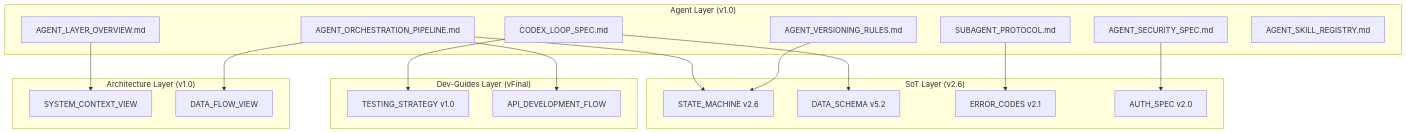
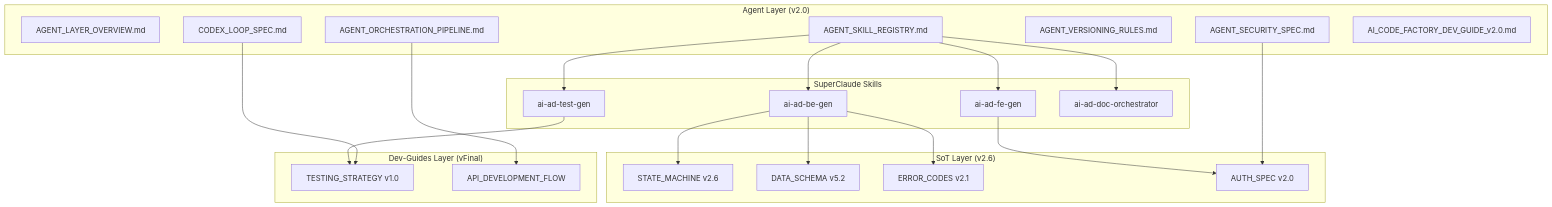
Before and after one commit to wade56754/AI_ad_spend02: the fourth of 4 diagrams in docs/6.agent-layer/AGENT_LAYER_OVERVIEW.md, drawn with Mermaid. The commit also changed other lines of this file and 3 other files, not shown here.

First line of the commit message:
docs: Agent Layer v2.0 - 迁移至纯 SuperClaude Skill 架构

````diff
--- a/docs/6.agent-layer/AGENT_LAYER_OVERVIEW.md
+++ b/docs/6.agent-layer/AGENT_LAYER_OVERVIEW.md
@@ -491,39 +382,46 @@
 ```mermaid
 graph TB
-    subgraph "Agent Layer (v1.0)"
+    subgraph "Agent Layer (v2.0)"
         OVERVIEW[AGENT_LAYER_OVERVIEW.md]
-        SUBAGENT[SUBAGENT_PROTOCOL.md]
         SECURITY[AGENT_SECURITY_SPEC.md]
         ORCH[AGENT_ORCHESTRATION_PIPELINE.md]
         CODEX[CODEX_LOOP_SPEC.md]
         VERSION[AGENT_VERSIONING_RULES.md]
         SKILL[AGENT_SKILL_REGISTRY.md]
+        GUIDE[AI_CODE_FACTORY_DEV_GUIDE_v2.0.md]
     end
 
     subgraph "SoT Layer (v2.6)"
         SM[STATE_MACHINE v2.6]
         DS[DATA_SCHEMA v5.2]
         EC[ERROR_CODES v2.1]
         AUTH[AUTH_SPEC v2.0]
     end
 
     subgraph "Dev-Guides Layer (vFinal)"
         TS[TESTING_STRATEGY v1.0]
         API[API_DEVELOPMENT_FLOW]
     end
 
-    subgraph "Architecture Layer (v1.0)"
-        SCV[SYSTEM_CONTEXT_VIEW]
-        DFV[DATA_FLOW_VIEW]
+    subgraph "SuperClaude Skills"
+        BEGen[ai-ad-be-gen]
+        FEGen[ai-ad-fe-gen]
+        TestGen[ai-ad-test-gen]
+        DocOrch[ai-ad-doc-orchestrator]
     end
 
-    SUBAGENT --> EC
+    SKILL --> BEGen
+    SKILL --> FEGen
+    SKILL --> TestGen
+    SKILL --> DocOrch
+
+    BEGen --> SM
+    BEGen --> DS
+    BEGen --> EC
+    FEGen --> AUTH
+    TestGen --> TS
+
     SECURITY --> AUTH
-    ORCH --> SM
-    CODEX --> DS
     CODEX --> TS
-    VERSION --> SM
-    OVERVIEW --> SCV
-    ORCH --> DFV
     ORCH --> API
 ```
````
